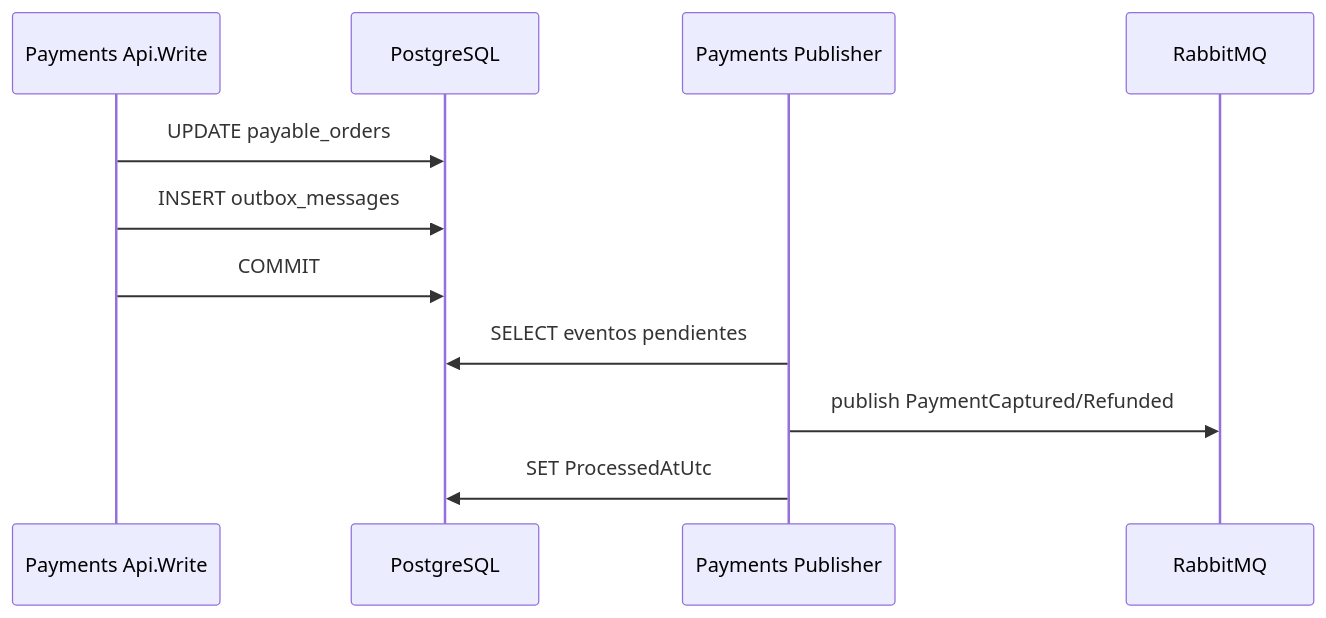
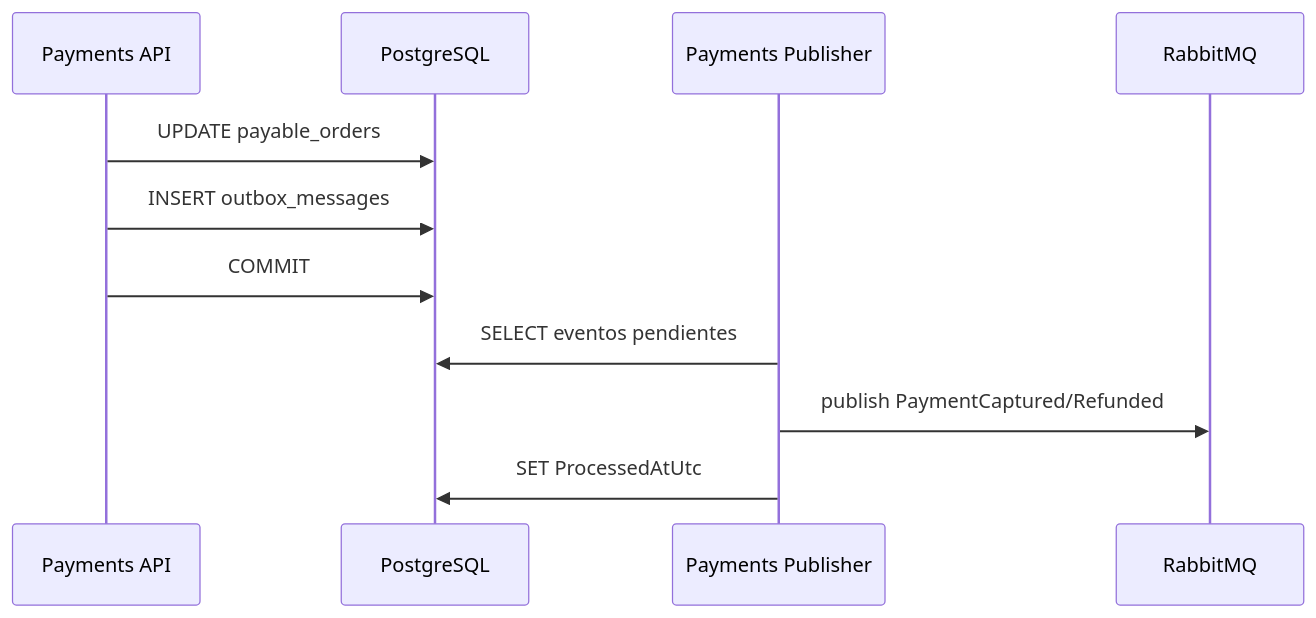
The seventh of 9 diagrams in docs/Payments.README.md (sergioocode/Restaurantes), drawn with Mermaid before and after one commit. The commit also changed other lines of this file and 11 other files, not shown here.

````diff
--- a/docs/Payments.README.md
+++ b/docs/Payments.README.md
@@ -486,15 +472,15 @@
 ```mermaid
 sequenceDiagram
-    participant API as Payments Api.Write
+    participant API as Payments API
     participant DB as PostgreSQL
     participant PUB as Payments Publisher
     participant MQ as RabbitMQ
 
     API->>DB: UPDATE payable_orders
     API->>DB: INSERT outbox_messages
     API->>DB: COMMIT
 
     PUB->>DB: SELECT eventos pendientes
     PUB->>MQ: publish PaymentCaptured/Refunded
     PUB->>DB: SET ProcessedAtUtc
 ```
````
